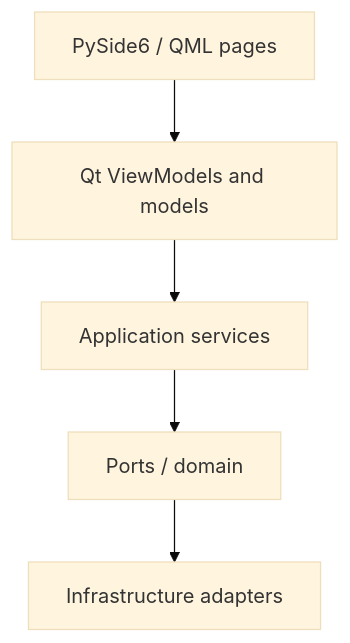
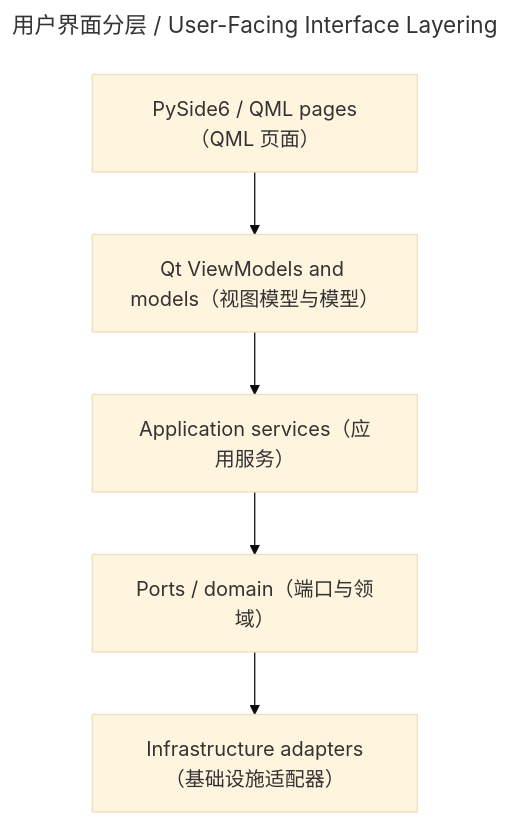
Before and after one commit to peakwheat-pixel/New-Manga: the diagram in wiki/codewiki/user_facing_interface.md, drawn with Mermaid (base theme). The commit also changed 16 other files, not shown here.

Commit message:
docs: apply bilingual diagram policy to CodeWiki diagrams

````diff
--- a/wiki/codewiki/user_facing_interface.md
+++ b/wiki/codewiki/user_facing_interface.md
@@ -35,7 +35,10 @@
 ```mermaid
+---
+title: 用户界面分层 / User-Facing Interface Layering
+---
 flowchart TB
-    QML["PySide6 / QML pages"] --> VMS["Qt ViewModels and models"]
-    VMS --> APP["Application services"]
-    APP --> PORTS["Ports / domain"]
-    PORTS --> INFRA["Infrastructure adapters"]
+    QML["PySide6 / QML pages（QML 页面）"] --> VMS["Qt ViewModels and models（视图模型与模型）"]
+    VMS --> APP["Application services（应用服务）"]
+    APP --> PORTS["Ports / domain（端口与领域）"]
+    PORTS --> INFRA["Infrastructure adapters（基础设施适配器）"]
 ```
````
